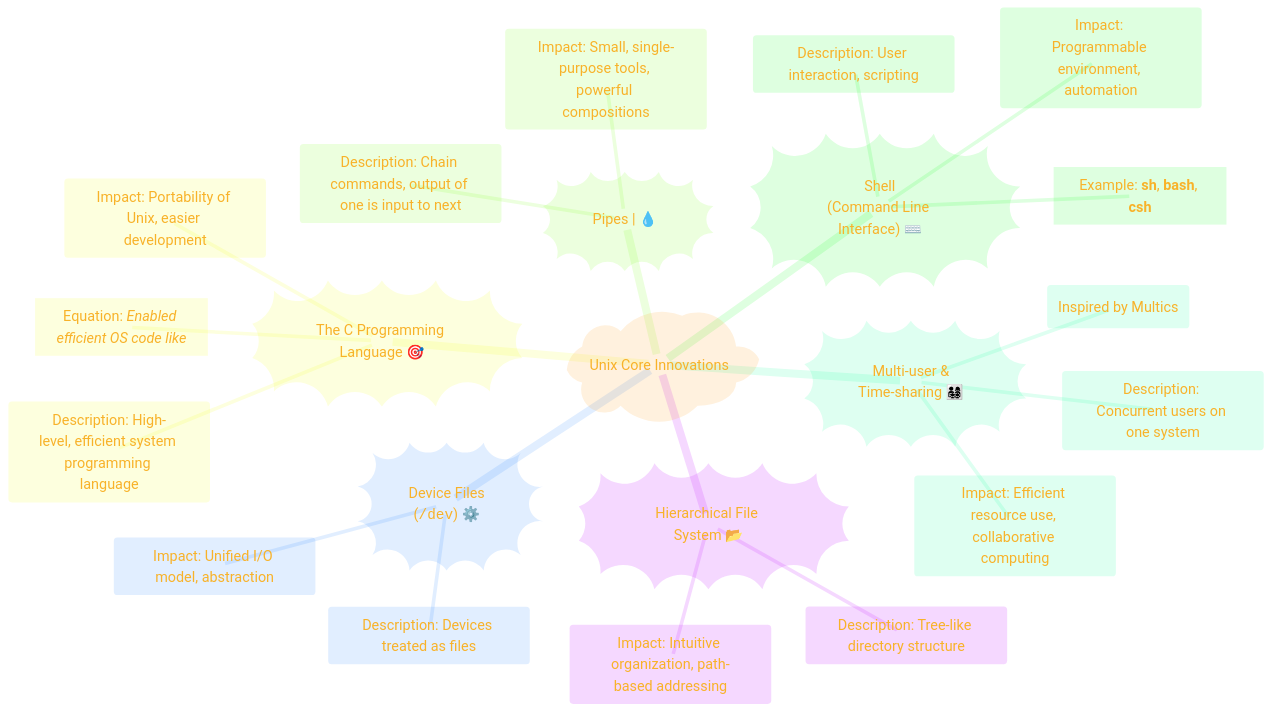
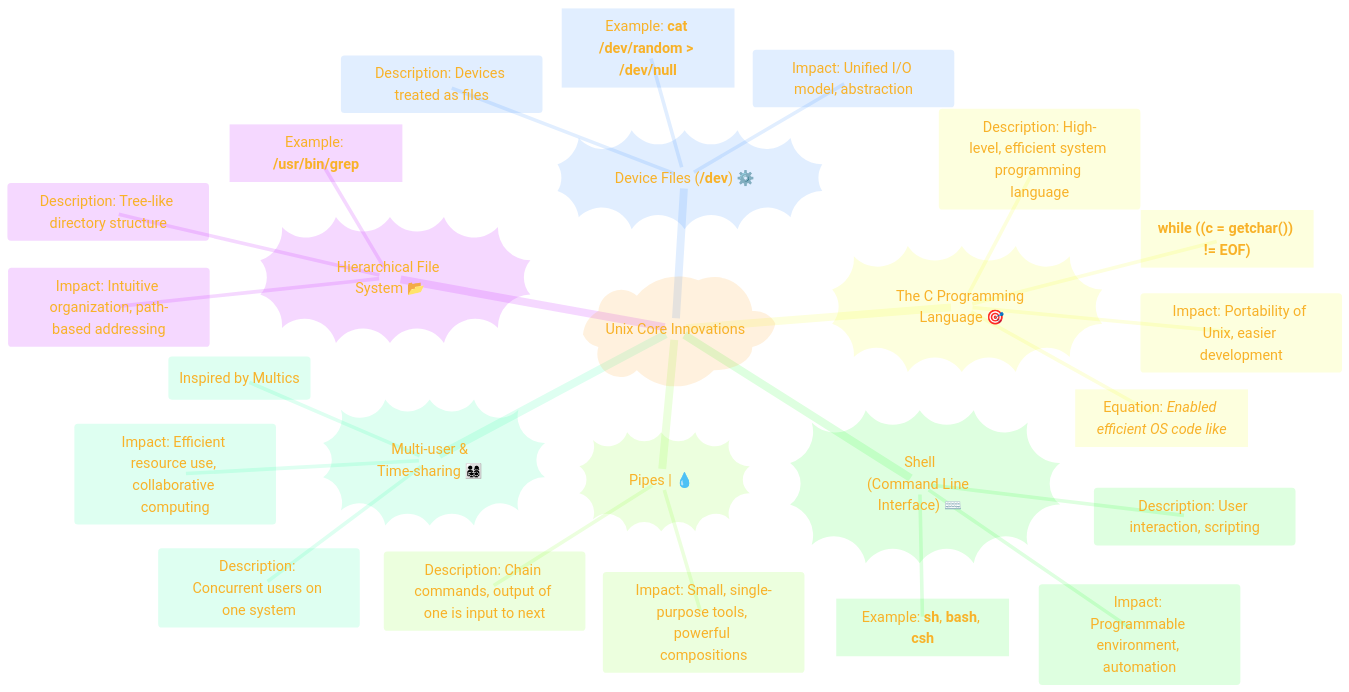
Before and after one commit to CongLeSolutionX/Digital-Bedrock-Landscape: the third of 7 diagrams in THE_PAST/PART-4_Consolidated_info.md, drawn with Mermaid.

````diff
--- a/THE_PAST/PART-4_Consolidated_info.md
+++ b/THE_PAST/PART-4_Consolidated_info.md
@@ -205,63 +205,63 @@
 ```mermaid
 ---
 title: "Core Unix Innovations & Their Significance"
 author: "Cong Le"
 version: "1.0"
 license(s): "MIT, CC BY 4.0"
 copyright: "Copyright (c) 2025 Cong Le. All Rights Reserved."
 config:
   theme: base
 ---
 %%%%%%%% Mermaid version v11.4.1-b.14
 %%{
   init: {
     'fontFamily': 'American Typewriter',
     'mindmap': {
 	    'nodeAlign': 'center',
 	    'padding': 20
     },
     'themeVariables': {
       'primaryColor': '#FC82',
       'primaryTextColor': '#F8B229',
       'primaryBorderColor': '#27AE60',
       'secondaryColor': '#EBF3',
       'secondaryTextColor': '#6C3483',
       'secondaryBorderColor': '#A569BD',
       'fontSize': '20px'
     }
   }
 }%%
 mindmap
   root)"Unix Core Innovations"(
     Hierarchical_File_System))"Hierarchical File System 📂"((
       ::icon(fa fa-folder-tree)
       Description: Tree-like directory structure
       Impact: Intuitive organization, path-based addressing
-      %% Example["Example: **/usr/bin/grep**"]
-    Device_Files))"Device Files<br/>(<code>/dev</code>) ⚙️"((
+      Example["Example: **/usr/bin/grep**"]
+    Device_Files))"Device Files (**/dev**) ⚙️"((
       ::icon(fa fa-cog)
       Description: Devices treated as files
       Impact: Unified I/O model, abstraction
-      %% Example["Example: `cat /dev/random > /dev/null` "]
+      Example["Example: **cat /dev/random > /dev/null**"]
     The_C_Programming_Language))"The C Programming Language 🎯"((
       ::icon(fa fa-bullseye)
       Description: High-level, efficient system programming language
       Impact: Portability of Unix, easier development
       Equation["Equation: *Enabled efficient OS code like*"]
-      %% Example["**while ((c = getchar()) != EOF)**"]
+      Example["**while ((c = getchar()) != EOF)**"]
     Pipes))"Pipes <char>|</char> 💧"((
       ::icon(fa fa-water)
       Description: Chain commands, output of one is input to next
       Impact: Small, single-purpose tools, powerful compositions
       %% Example["Example:<br/> **ls -l | grep ".txt" | wc -l**"]
     Shell))"Shell<br/>(Command Line Interface) ⌨️"((
       ::icon(fa fa-keyboard)
       Description: User interaction, scripting
       Impact: Programmable environment, automation
       Example["Example: **sh**, **bash**, **csh**"]
     Multi_user_and_Time_sharing))"Multi-user & <br/> Time-sharing 👨‍👩‍👧‍👦"((
       ::icon(fa fa-users)
       Description: Concurrent users on one system
       Impact: Efficient resource use, collaborative computing
       (Inspired by Multics)
 ```
````
